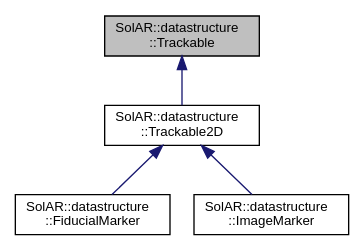
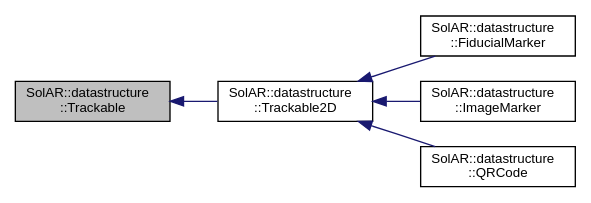
The diagram in api_documentation/class_sol_a_r_1_1datastructure_1_1_trackable__inherit__graph.dot (SolarFramework/solarframework.github.io), drawn with Graphviz before and after one commit. The commit also changed 289 other files, not shown here.

```diff
--- a/api_documentation/class_sol_a_r_1_1datastructure_1_1_trackable__inherit__graph.dot
+++ b/api_documentation/class_sol_a_r_1_1datastructure_1_1_trackable__inherit__graph.dot
@@ -1,13 +1,16 @@
 digraph "SolAR::datastructure::Trackable"
 {
  // LATEX_PDF_SIZE
   edge [fontname="Helvetica",fontsize="10",labelfontname="Helvetica",labelfontsize="10"];
   node [fontname="Helvetica",fontsize="10",shape=record];
+  rankdir="LR";
   Node1 [label="SolAR::datastructure\l::Trackable",height=0.2,width=0.4,color="black", fillcolor="grey75", style="filled", fontcolor="black",tooltip="This abstract class defines the generic trackable datastructure."];
   Node1 -> Node2 [dir="back",color="midnightblue",fontsize="10",style="solid",fontname="Helvetica"];
   Node2 [label="SolAR::datastructure\l::Trackable2D",height=0.2,width=0.4,color="black", fillcolor="white", style="filled",URL="$class_sol_a_r_1_1datastructure_1_1_trackable2_d.html",tooltip="This abstract class defines the generic 2D trackable datastructure."];
   Node2 -> Node3 [dir="back",color="midnightblue",fontsize="10",style="solid",fontname="Helvetica"];
   Node3 [label="SolAR::datastructure\l::FiducialMarker",height=0.2,width=0.4,color="black", fillcolor="white", style="filled",URL="$class_sol_a_r_1_1datastructure_1_1_fiducial_marker.html",tooltip="This class defines a fiducial marker datastructure."];
   Node2 -> Node4 [dir="back",color="midnightblue",fontsize="10",style="solid",fontname="Helvetica"];
   Node4 [label="SolAR::datastructure\l::ImageMarker",height=0.2,width=0.4,color="black", fillcolor="white", style="filled",URL="$class_sol_a_r_1_1datastructure_1_1_image_marker.html",tooltip="This class defines a fiducial marker datastructure."];
+  Node2 -> Node5 [dir="back",color="midnightblue",fontsize="10",style="solid",fontname="Helvetica"];
+  Node5 [label="SolAR::datastructure\l::QRCode",height=0.2,width=0.4,color="black", fillcolor="white", style="filled",URL="$class_sol_a_r_1_1datastructure_1_1_q_r_code.html",tooltip="This class defines a QR code datastructure."];
 }
```
